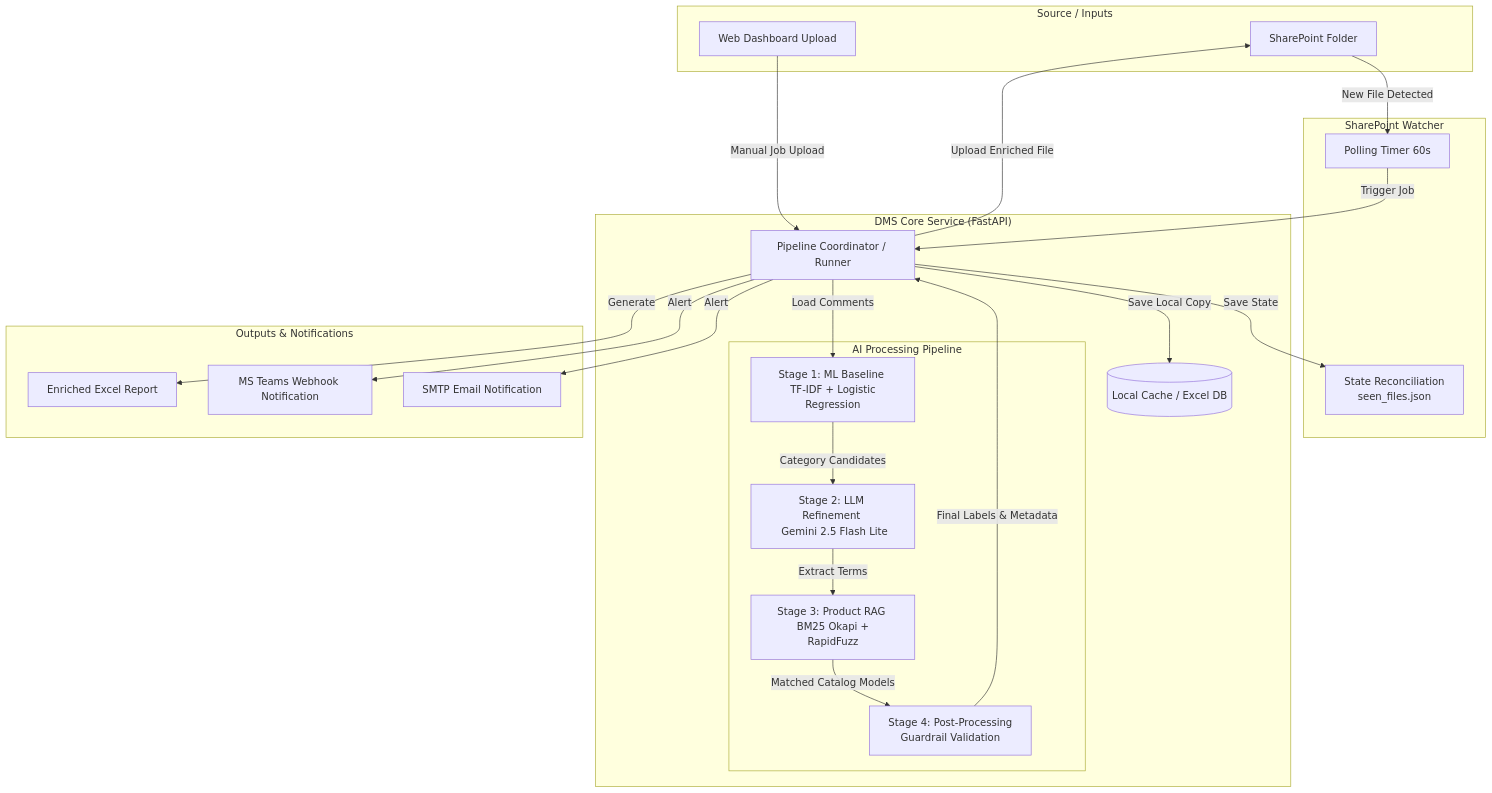
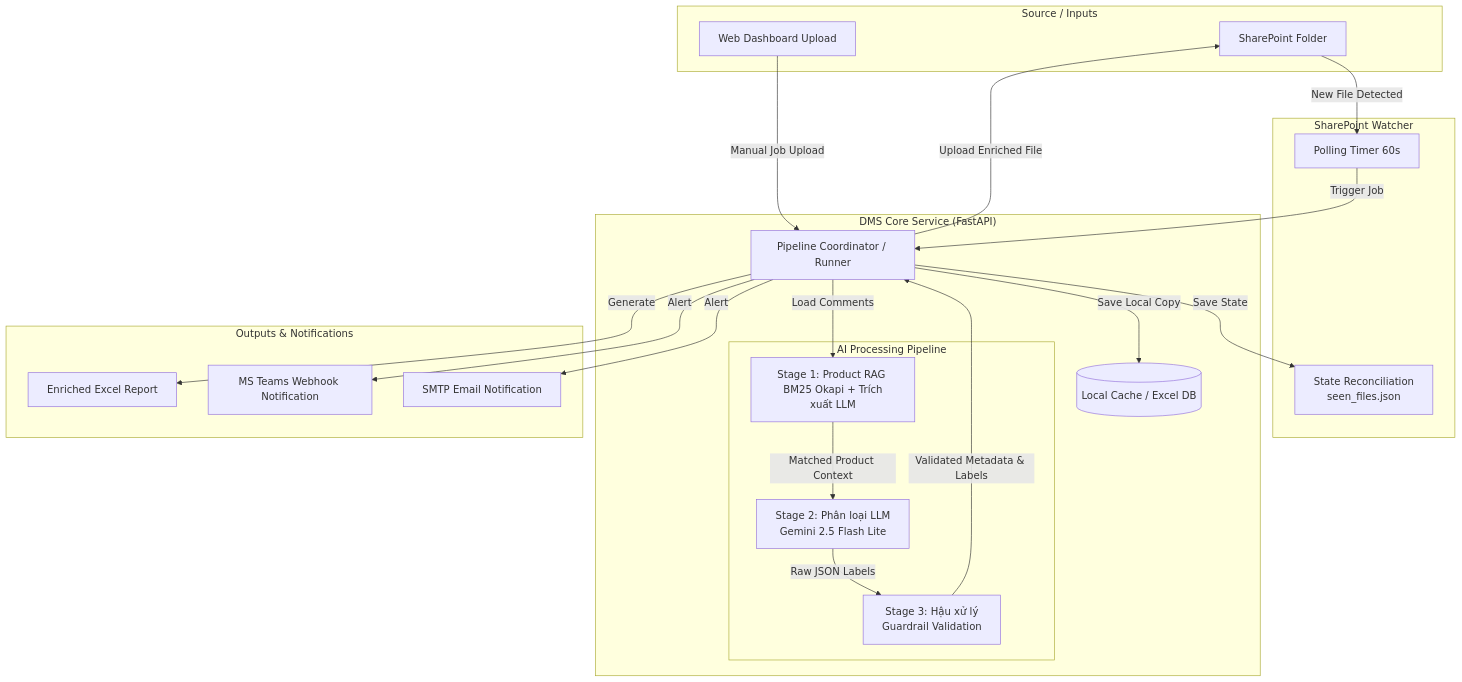
One commit to ThanhDT127/dms-feedback-classification changed the diagram in README.vi.md. Above: the diagram before and after it, drawn with Mermaid. The commit also changed other lines of this file and 1 other file, not shown here.

Commit message:
docs: correct pipeline stage definitions in README and Mermaid diagrams

````diff
--- a/README.vi.md
+++ b/README.vi.md
@@ -228,48 +228,46 @@
 ```mermaid
 graph TD
     subgraph Input ["Source / Inputs"]
         SP[SharePoint Folder]
         Web[Web Dashboard Upload]
     end
 
     subgraph Watcher ["SharePoint Watcher"]
         Poll[Polling Timer 60s]
         Reconcile[State Reconciliation <br/> seen_files.json]
     end
 
     subgraph Service ["DMS Core Service (FastAPI)"]
         Runner[Pipeline Coordinator / Runner]
         
         subgraph Pipeline ["AI Processing Pipeline"]
-            ML[Stage 1: ML Baseline <br/> TF-IDF + Logistic Regression]
-            LLM[Stage 2: LLM Refinement <br/> Gemini 2.5 Flash Lite]
-            RAG[Stage 3: Product RAG <br/> BM25 Okapi + RapidFuzz]
-            Post[Stage 4: Post-Processing <br/> Guardrail Validation]
+            RAG[Stage 1: Product RAG <br/> BM25 Okapi + Trích xuất LLM]
+            LLM[Stage 2: Phân loại LLM <br/> Gemini 2.5 Flash Lite]
+            Post[Stage 3: Hậu xử lý <br/> Guardrail Validation]
         end
         
         DB[(Local Cache / Excel DB)]
     end
 
     subgraph Outputs ["Outputs & Notifications"]
         Excel[Enriched Excel Report]
         Teams[MS Teams Webhook Notification]
         Email[SMTP Email Notification]
     end
 
     SP -->|New File Detected| Poll
     Poll -->|Trigger Job| Runner
     Web -->|Manual Job Upload| Runner
     
-    Runner -->|Load Comments| ML
-    ML -->|Category Candidates| LLM
-    LLM -->|Extract Terms| RAG
-    RAG -->|Matched Catalog Models| Post
-    Post -->|Final Labels & Metadata| Runner
+    Runner -->|Load Comments| RAG
+    RAG -->|Matched Product Context| LLM
+    LLM -->|Raw JSON Labels| Post
+    Post -->|Validated Metadata & Labels| Runner
     
     Runner -->|Save State| Reconcile
     Runner -->|Save Local Copy| DB
     Runner -->|Upload Enriched File| SP
     Runner -->|Generate| Excel
     Runner -->|Alert| Teams
     Runner -->|Alert| Email
 ```
````
